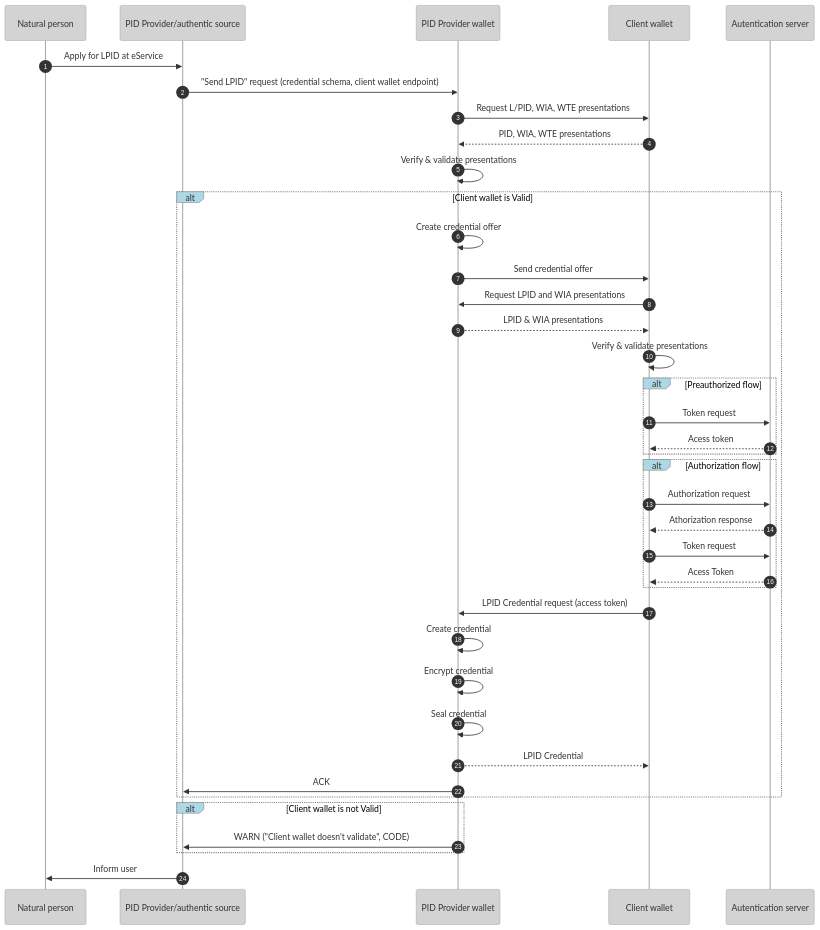
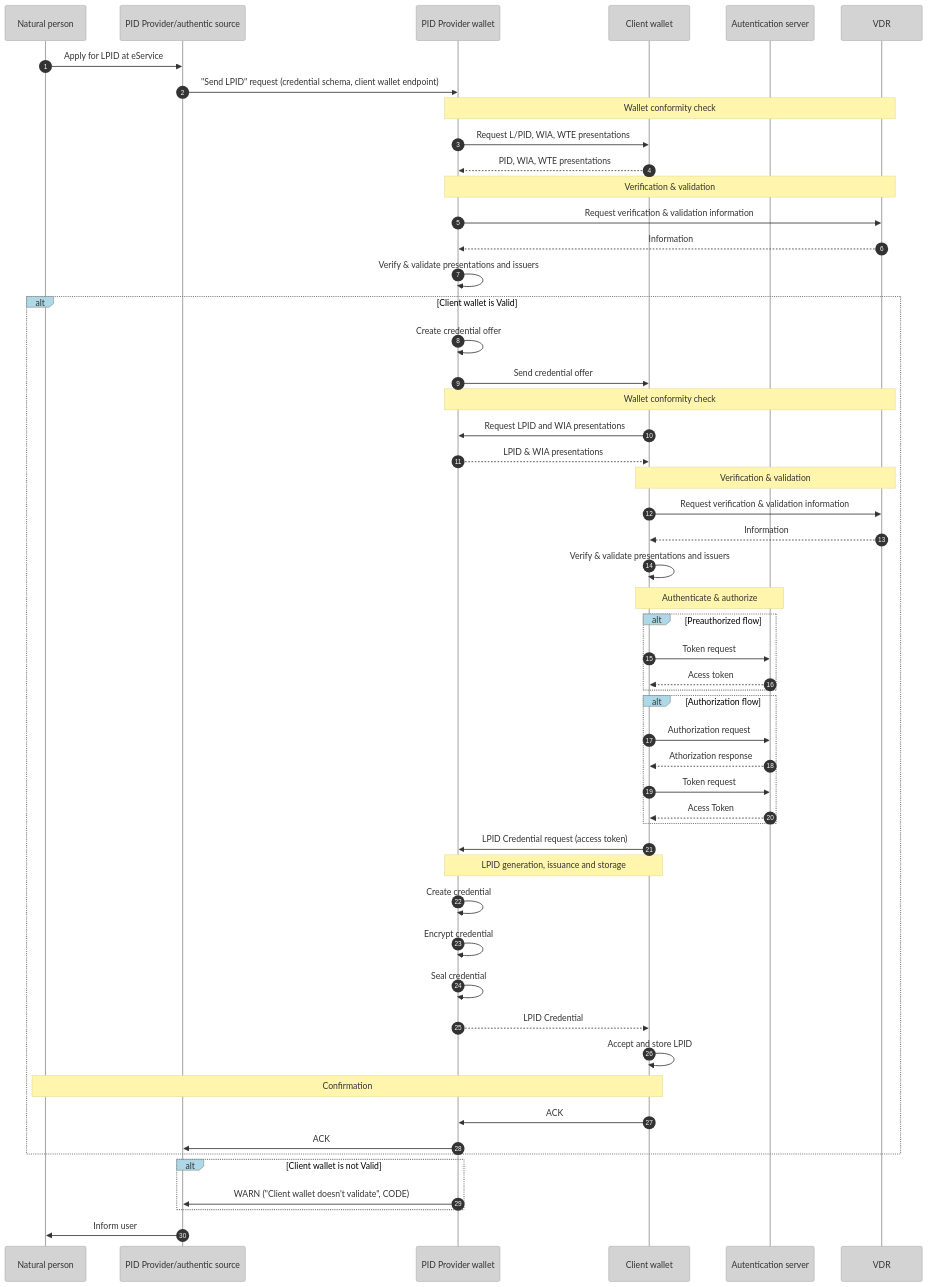
One commit to EWC-consortium/eudi-wallet-rfcs changed the diagram in ewc-rfc005-issue-legal-person-identification-data.md. Above: the diagram before and after it, drawn with Mermaid. The commit also changed other lines of this file, not shown here.

First line of the commit message:
Update ewc-rfc005-issue-legal-person-identification-data.md

````diff
--- a/ewc-rfc005-issue-legal-person-identification-data.md
+++ b/ewc-rfc005-issue-legal-person-identification-data.md
@@ -77,54 +89,74 @@
 ```mermaid
 ---
 config:
   theme: base
   themeVariables:
     actorBkg: "lightgrey"
     actorBorder: "darkgrey"
     loopTextColor: "black"
     labelBoxBkgColor: "lightblue"
     labelBoxBorderColor: "grey"
 ---
 
 sequenceDiagram
 
     autonumber
-    participant U as Natural person
+    participant NP as Natural person
     participant PP as PID Provider/authentic source
     participant PPW as PID Provider wallet
 	participant CW as Client wallet
     participant AS as Autentication server
     
-    U->>PP: Apply for LPID at eService
+    NP->>PP: Apply for LPID at eService
     PP->>PPW: "Send LPID" request (credential schema, client wallet endpoint)
+    
+    Note over PPW,VDR: Wallet conformity check
     PPW->>CW: Request L/PID, WIA, WTE presentations
     CW-->>PPW: PID, WIA, WTE presentations
-    PPW->>PPW: Verify & validate presentations
+   
+    Note over PPW,VDR: Verification & validation
+    PPW->>VDR: Request verification & validation information
+    VDR-->>PPW: Information
+    PPW->>PPW: Verify & validate presentations and issuers
     alt Client wallet is Valid
     PPW->>PPW: Create credential offer
     PPW->>CW: Send credential offer 
+    
+    Note over PPW, VDR: Wallet conformity check
     CW->>PPW: Request LPID and WIA presentations
     PPW-->>CW: LPID & WIA presentations
-    CW->>CW: Verify & validate presentations
+    
+    Note over CW,VDR: Verification & validation
+    CW->>VDR: Request verification & validation information
+    VDR-->>CW: Information
+    CW->>CW: Verify & validate presentations and issuers
+    
+    Note over CW, AS: Authenticate & authorize
     alt Preauthorized flow
     CW->>AS: Token request
     AS-->>CW: Acess token
     end
     alt Authorization flow
     CW->>AS: Authorization request
     AS-->>CW: Athorization response
     CW->>AS: Token request
     AS-->>CW: Acess Token
     end
     CW->>PPW: LPID Credential request (access token)
+    
+    Note over PPW, CW: LPID generation, issuance and storage
     PPW->>PPW: Create credential
     PPW->>PPW: Encrypt credential
     PPW->>PPW: Seal credential
     PPW-->>CW: LPID Credential
+    CW->>CW: Accept and store LPID
+    
+    Note over CW, NP: Confirmation
+    CW->>PPW: ACK
     PPW->>PP: ACK
     end
     alt Client wallet is not Valid
     PPW->>PP: WARN ("Client wallet doesn't validate", CODE)
     end
-    PP->>U: Inform user
+    PP->>NP: Inform user
 ```
````
